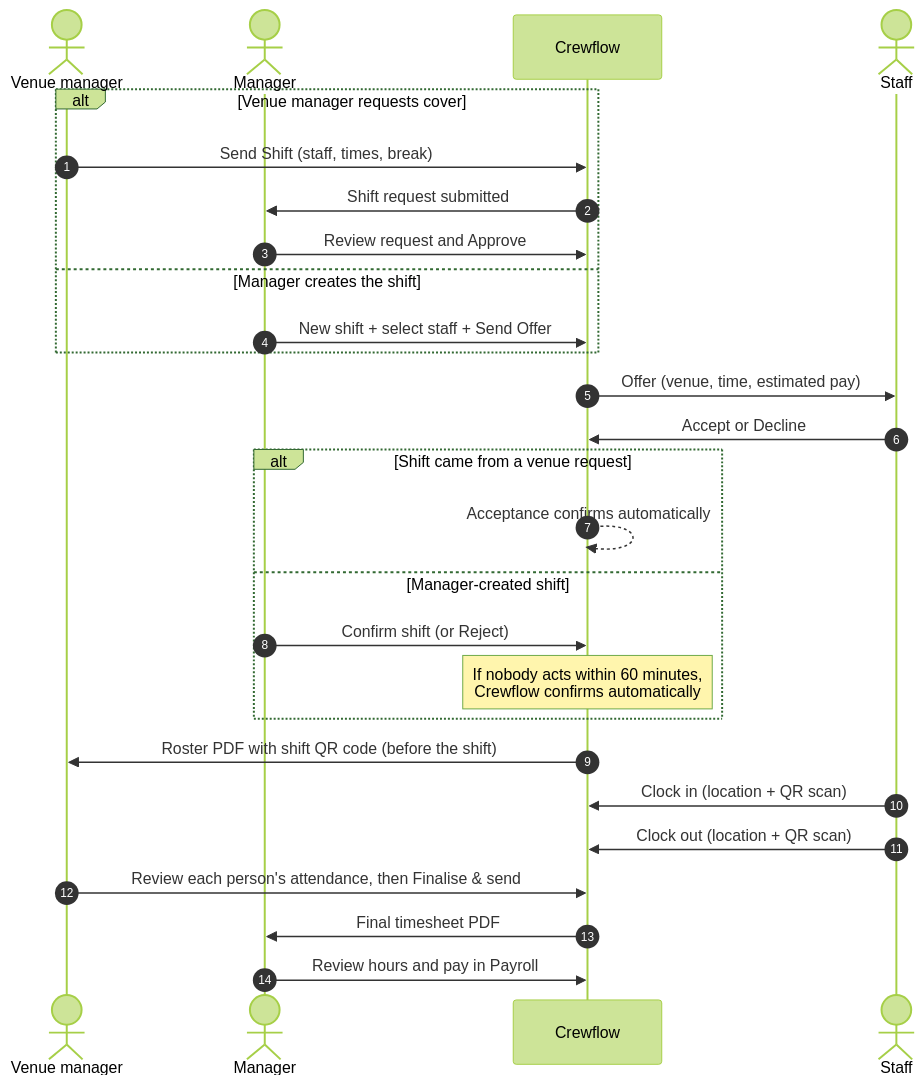
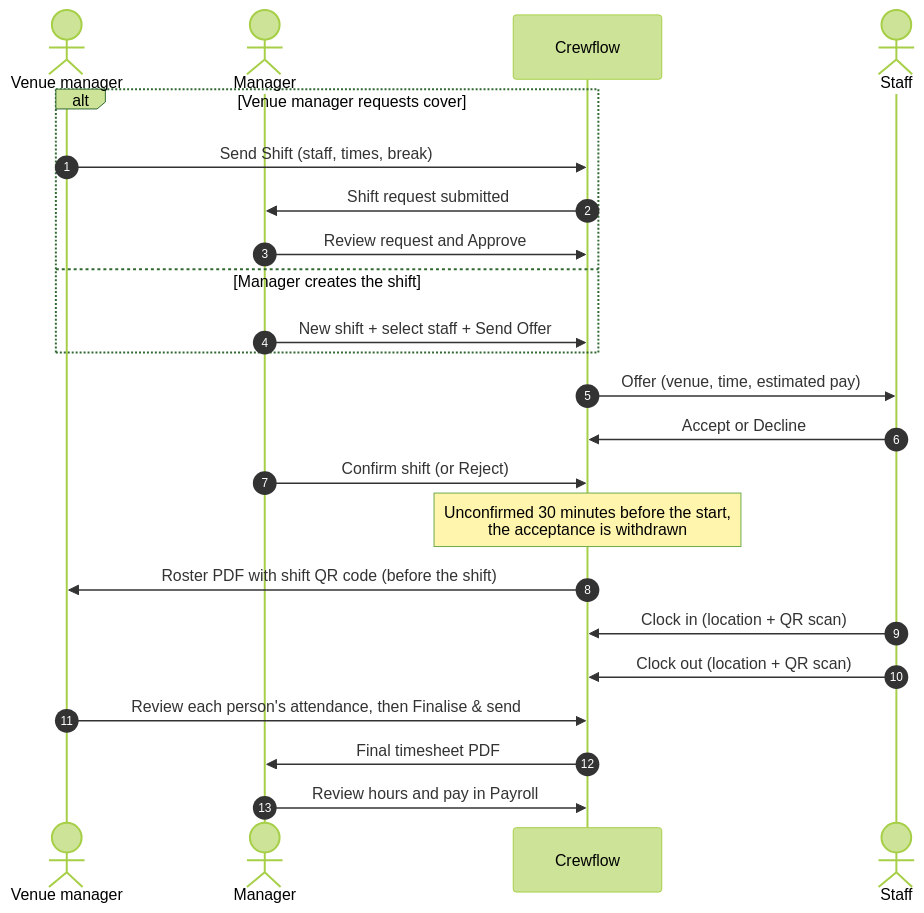
The diagram in packages/rab-docs/getting-started/workflow-overview.mdx (Rabblo06/rab-recurit), drawn with Mermaid (forest theme) before and after one commit. The commit also changed other lines of this file and 39 other files, not shown here.

````diff
--- a/packages/rab-docs/getting-started/workflow-overview.mdx
+++ b/packages/rab-docs/getting-started/workflow-overview.mdx
@@ -9,29 +9,25 @@
 ```mermaid
 sequenceDiagram
     autonumber
     actor VM as Venue manager
     actor M as Manager
     participant C as Crewflow
     actor S as Staff
     alt Venue manager requests cover
         VM->>C: Send Shift (staff, times, break)
         C->>M: Shift request submitted
         M->>C: Review request and Approve
     else Manager creates the shift
         M->>C: New shift + select staff + Send Offer
     end
     C->>S: Offer (venue, time, estimated pay)
     S->>C: Accept or Decline
-    alt Shift came from a venue request
-        C-->>C: Acceptance confirms automatically
-    else Manager-created shift
-        M->>C: Confirm shift (or Reject)
-        Note over C: If nobody acts within 60 minutes,<br/>Crewflow confirms automatically
-    end
+    M->>C: Confirm shift (or Reject)
+    Note over C: Unconfirmed 30 minutes before the start,<br/>the acceptance is withdrawn
     C->>VM: Roster PDF with shift QR code (before the shift)
     S->>C: Clock in (location + QR scan)
     S->>C: Clock out (location + QR scan)
     VM->>C: Review each person's attendance, then Finalise & send
     C->>M: Final timesheet PDF
     M->>C: Review hours and pay in Payroll
 ```
````
